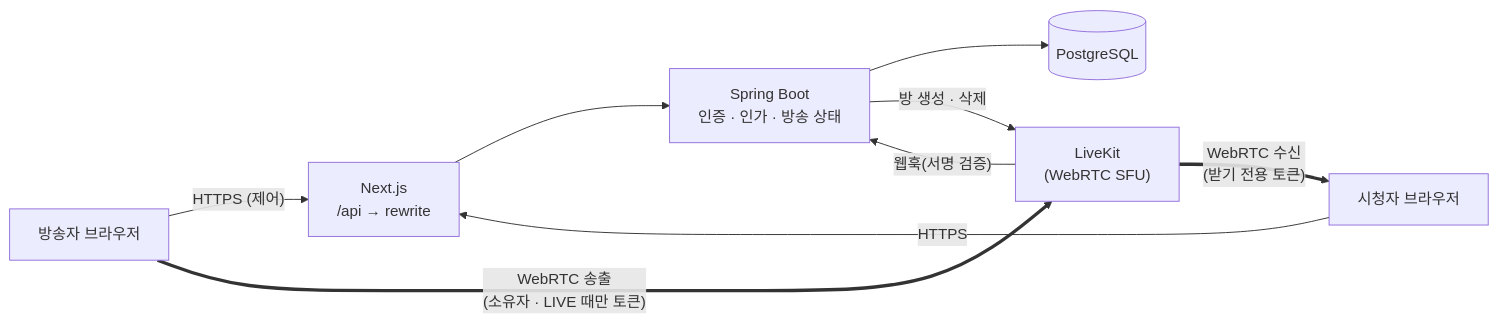
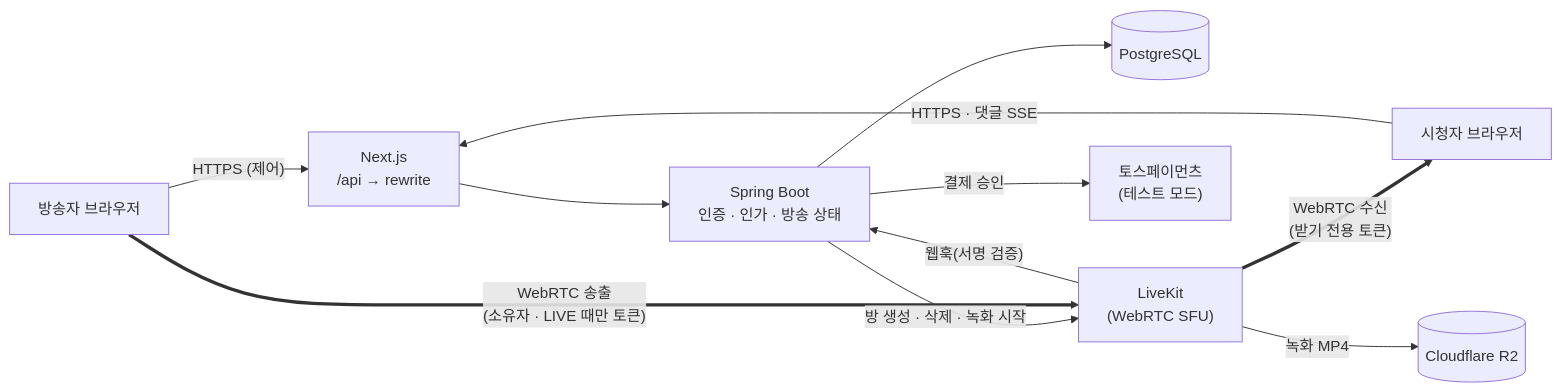
Before and after one commit to codes-gy/live-platform: the diagram in README.md, drawn with Mermaid. The commit also changed other lines of this file, not shown here.

Commit message:
docs: README 개편 — 문제 해결 사례, 구조 그림, 실행 · 테스트 방법

````diff
--- a/README.md
+++ b/README.md
@@ -107,11 +52,13 @@
 ```mermaid
 flowchart LR
     B["방송자 브라우저"] -- "HTTPS (제어)" --> N["Next.js<br/>/api → rewrite"]
-    V["시청자 브라우저"] -- HTTPS --> N
+    V["시청자 브라우저"] -- "HTTPS · 댓글 SSE" --> N
     N --> S["Spring Boot<br/>인증 · 인가 · 방송 상태"]
     S --> DB[("PostgreSQL")]
-    S -- "방 생성 · 삭제" --> LK["LiveKit<br/>(WebRTC SFU)"]
+    S -- "방 생성 · 삭제 · 녹화 시작" --> LK["LiveKit<br/>(WebRTC SFU)"]
     LK -- "웹훅(서명 검증)" --> S
     B == "WebRTC 송출<br/>(소유자 · LIVE 때만 토큰)" ==> LK
     LK == "WebRTC 수신<br/>(받기 전용 토큰)" ==> V
+    LK -- "녹화 MP4" --> R2[("Cloudflare R2")]
+    S -- "결제 승인" --> T["토스페이먼츠<br/>(테스트 모드)"]
 ```
````
